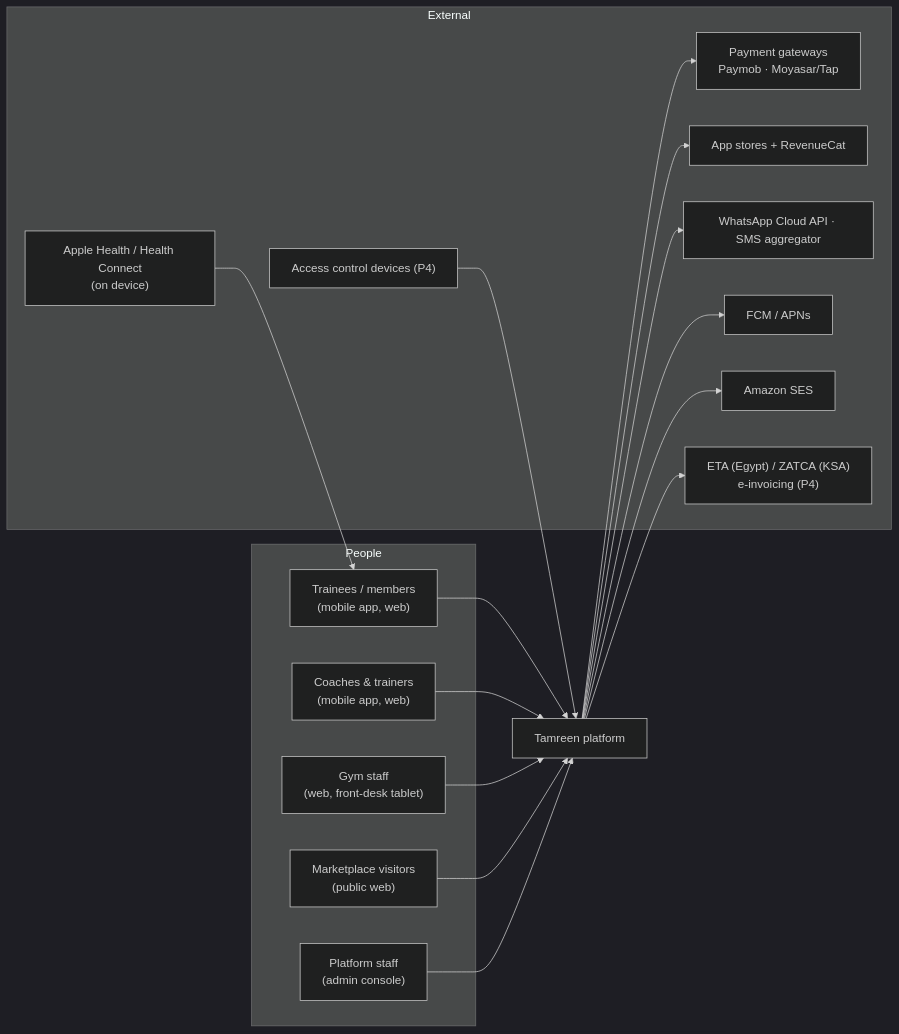
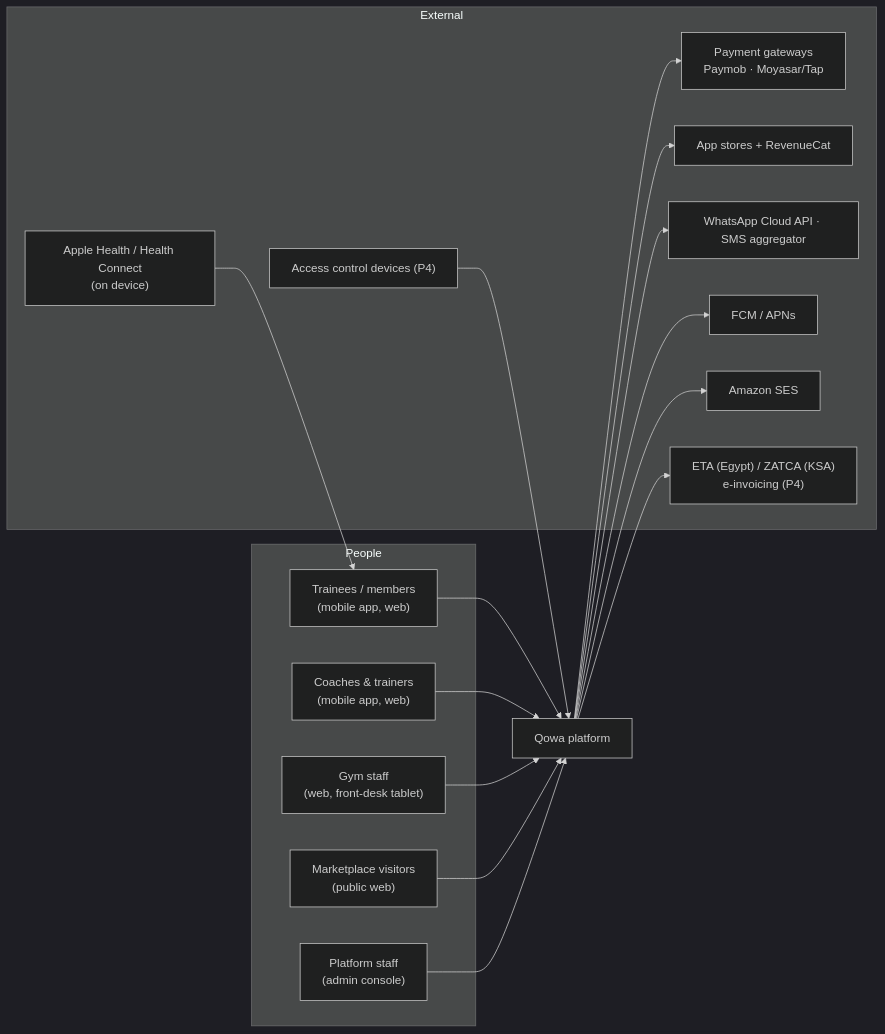
The fourth of 23 diagrams in docs/fitness-platform/TECHNICAL_SYSTEM_ARCHITECTURE.md (abdo-shrief270/muhasebi-egypt), drawn with Mermaid (dark theme) before and after one commit. The commit also changed other lines of this file and 31 other files, not shown here.

First line of the commit message:
Rename the fitness platform from Tamreen to Qowa

````diff
--- a/docs/fitness-platform/TECHNICAL_SYSTEM_ARCHITECTURE.md
+++ b/docs/fitness-platform/TECHNICAL_SYSTEM_ARCHITECTURE.md
@@ -484,34 +484,34 @@
 ```mermaid
 flowchart LR
     subgraph People
         TR["Trainees / members<br/>(mobile app, web)"]
         CO["Coaches & trainers<br/>(mobile app, web)"]
         GS["Gym staff<br/>(web, front-desk tablet)"]
         VI["Marketplace visitors<br/>(public web)"]
         AD["Platform staff<br/>(admin console)"]
     end
-    T["Tamreen platform"]
+    T["Qowa platform"]
     subgraph External
         PG1["Payment gateways<br/>Paymob · Moyasar/Tap"]
         ST["App stores + RevenueCat"]
         MSG["WhatsApp Cloud API · SMS aggregator"]
         PUSH["FCM / APNs"]
         MAIL["Amazon SES"]
         HL["Apple Health / Health Connect<br/>(on device)"]
         TAX["ETA (Egypt) / ZATCA (KSA)<br/>e-invoicing (P4)"]
         HW["Access control devices (P4)"]
     end
     TR --> T
     CO --> T
     GS --> T
     VI --> T
     AD --> T
     T --> PG1
     T --> ST
     T --> MSG
     T --> PUSH
     T --> MAIL
     HL --> TR
     T --> TAX
     HW --> T
 ```
````
